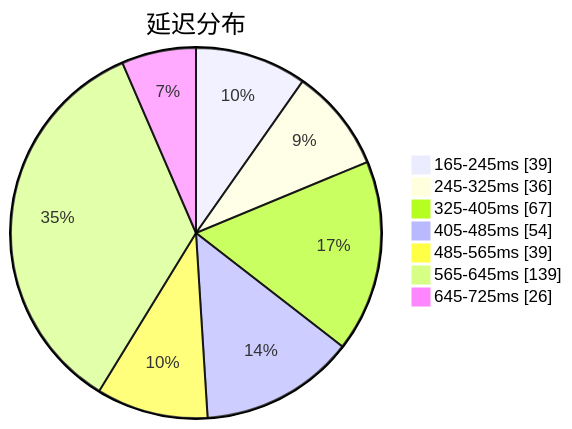
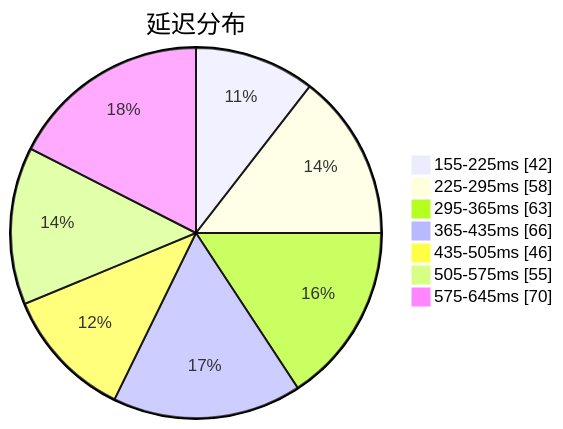
The first of 3 diagrams in subs/statistics/tested_within.md (qjlxg/airport), drawn with Mermaid before and after one commit. The commit also changed other lines of this file and 2 other files, not shown here.

````diff
--- a/subs/statistics/tested_within.md
+++ b/subs/statistics/tested_within.md
@@ -2,11 +2,11 @@
 ```mermaid
 pie showData
 title 延迟分布
-"165-245ms" : 39
-"245-325ms" : 36
-"325-405ms" : 67
-"405-485ms" : 54
-"485-565ms" : 39
-"565-645ms" : 139
-"645-725ms" : 26
+"155-225ms" : 42
+"225-295ms" : 58
+"295-365ms" : 63
+"365-435ms" : 66
+"435-505ms" : 46
+"505-575ms" : 55
+"575-645ms" : 70
 ```
````
